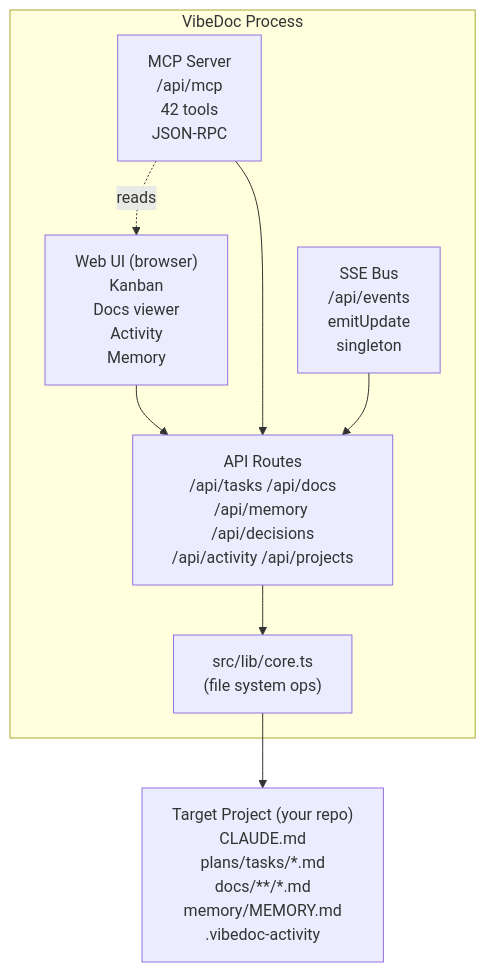
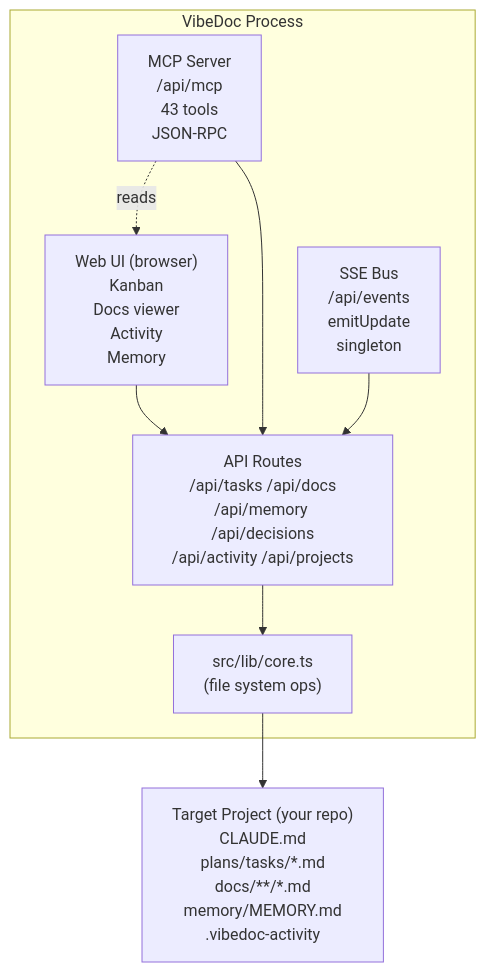
One commit to quanghoangf/vibedoc changed the diagram in docs/architecture/01-overview/DOMAIN_MAP.md. Above: the diagram before and after it, drawn with Mermaid. The commit also changed 9 other files, not shown here.

````diff
--- a/docs/architecture/01-overview/DOMAIN_MAP.md
+++ b/docs/architecture/01-overview/DOMAIN_MAP.md
@@ -6,22 +6,22 @@
 ```mermaid
 graph TB
     subgraph VibeDoc["VibeDoc Process"]
         WebUI["Web UI (browser)<br/>Kanban<br/>Docs viewer<br/>Activity<br/>Memory"]
-        MCP["MCP Server<br/>/api/mcp<br/>42 tools<br/>JSON-RPC"]
+        MCP["MCP Server<br/>/api/mcp<br/>43 tools<br/>JSON-RPC"]
         SSE["SSE Bus<br/>/api/events<br/>emitUpdate<br/>singleton"]
 
         API["API Routes<br/>/api/tasks /api/docs<br/>/api/memory /api/decisions<br/>/api/activity /api/projects"]
 
         Core["src/lib/core.ts<br/>(file system ops)"]
 
         MCP -.->|reads| WebUI
         WebUI --> API
         MCP --> API
         SSE --> API
         API --> Core
     end
 
     Project["Target Project (your repo)<br/>CLAUDE.md<br/>plans/tasks/*.md<br/>docs/**/*.md<br/>memory/MEMORY.md<br/>.vibedoc-activity"]
 
     Core --> Project
 ```
````
